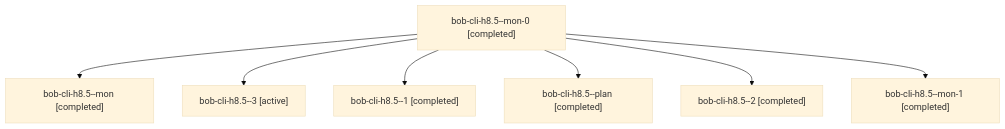
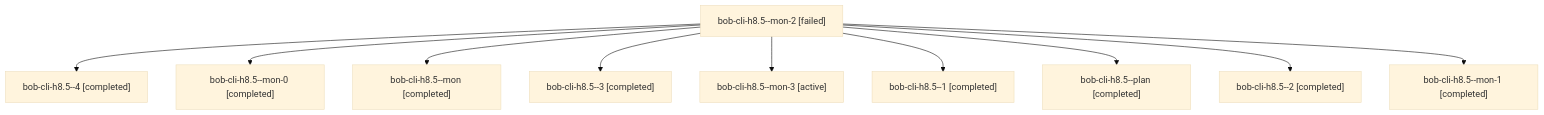
The diagram in sessions/bbugyi200.athena.bob-cli-h8.5.md (bobs-org/bob-cli--agents), drawn with Mermaid (base theme) before and after one commit. The commit also changed other lines of this file and 74 other files, not shown here.

````diff
--- a/sessions/bbugyi200.athena.bob-cli-h8.5.md
+++ b/sessions/bbugyi200.athena.bob-cli-h8.5.md
@@ -9,16 +9,22 @@
 ```mermaid
 flowchart TD
-  n0["bob-cli-h8.5--mon-0 [completed]"]
-  n1["bob-cli-h8.5--mon [completed]"]
+  n0["bob-cli-h8.5--mon-2 [failed]"]
+  n1["bob-cli-h8.5--4 [completed]"]
   n0 --> n1
-  n2["bob-cli-h8.5--3 [active]"]
+  n2["bob-cli-h8.5--mon-0 [completed]"]
   n0 --> n2
-  n3["bob-cli-h8.5--1 [completed]"]
+  n3["bob-cli-h8.5--mon [completed]"]
   n0 --> n3
-  n4["bob-cli-h8.5--plan [completed]"]
+  n4["bob-cli-h8.5--3 [completed]"]
   n0 --> n4
-  n5["bob-cli-h8.5--2 [completed]"]
+  n5["bob-cli-h8.5--mon-3 [active]"]
   n0 --> n5
-  n6["bob-cli-h8.5--mon-1 [completed]"]
+  n6["bob-cli-h8.5--1 [completed]"]
   n0 --> n6
+  n7["bob-cli-h8.5--plan [completed]"]
+  n0 --> n7
+  n8["bob-cli-h8.5--2 [completed]"]
+  n0 --> n8
+  n9["bob-cli-h8.5--mon-1 [completed]"]
+  n0 --> n9
 ```
````
